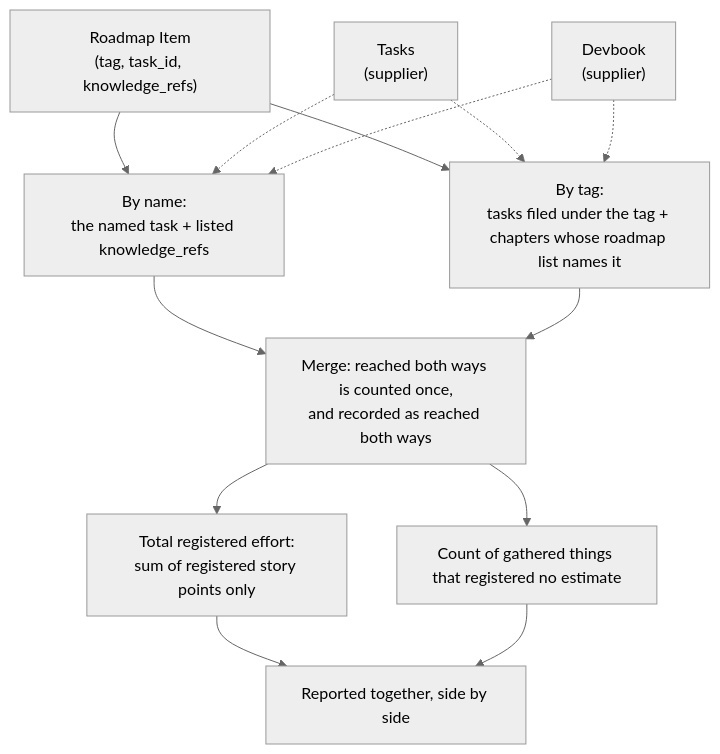
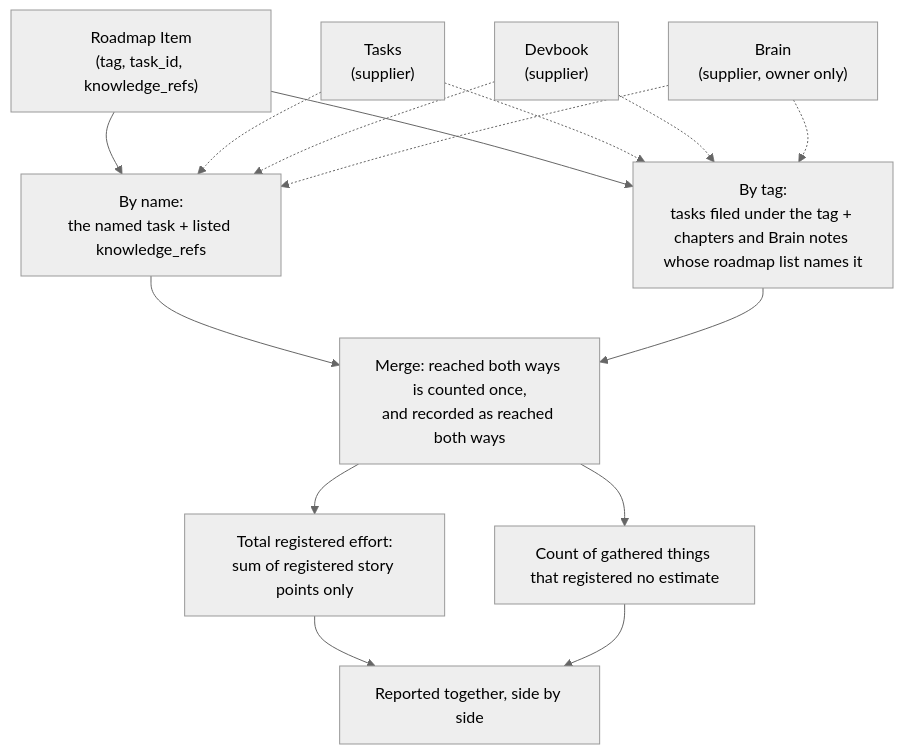
Before and after one commit to JSdotNet/Backlog: the first of 7 diagrams in .devbook/domain/roadmap/features.md, drawn with Mermaid (neutral theme). The commit also changed other lines of this file and 48 other files, not shown here.

First line of the commit message:
feat(roadmap): let a plan reference a Brain note

````diff
--- a/.devbook/domain/roadmap/features.md
+++ b/.devbook/domain/roadmap/features.md
@@ -192,16 +192,18 @@
 ```mermaid
 flowchart TD
     Item["Roadmap Item<br/>(tag, task_id, knowledge_refs)"]
     Item --> Named["By name:<br/>the named task + listed knowledge_refs"]
-    Item --> Tagged["By tag:<br/>tasks filed under the tag + chapters whose roadmap list names it"]
+    Item --> Tagged["By tag:<br/>tasks filed under the tag + chapters and Brain notes whose roadmap list names it"]
     Tasks["Tasks<br/>(supplier)"] -.-> Tagged
     Tasks -.-> Named
     Devbook["Devbook<br/>(supplier)"] -.-> Tagged
     Devbook -.-> Named
+    Brain["Brain<br/>(supplier, owner only)"] -.-> Tagged
+    Brain -.-> Named
     Named --> Dedup["Merge: reached both ways is counted once,<br/>and recorded as reached both ways"]
     Tagged --> Dedup
     Dedup --> Total["Total registered effort:<br/>sum of registered story points only"]
     Dedup --> Unestimated["Count of gathered things that registered no estimate"]
     Total --> Report["Reported together, side by side"]
     Unestimated --> Report
 ```
````
